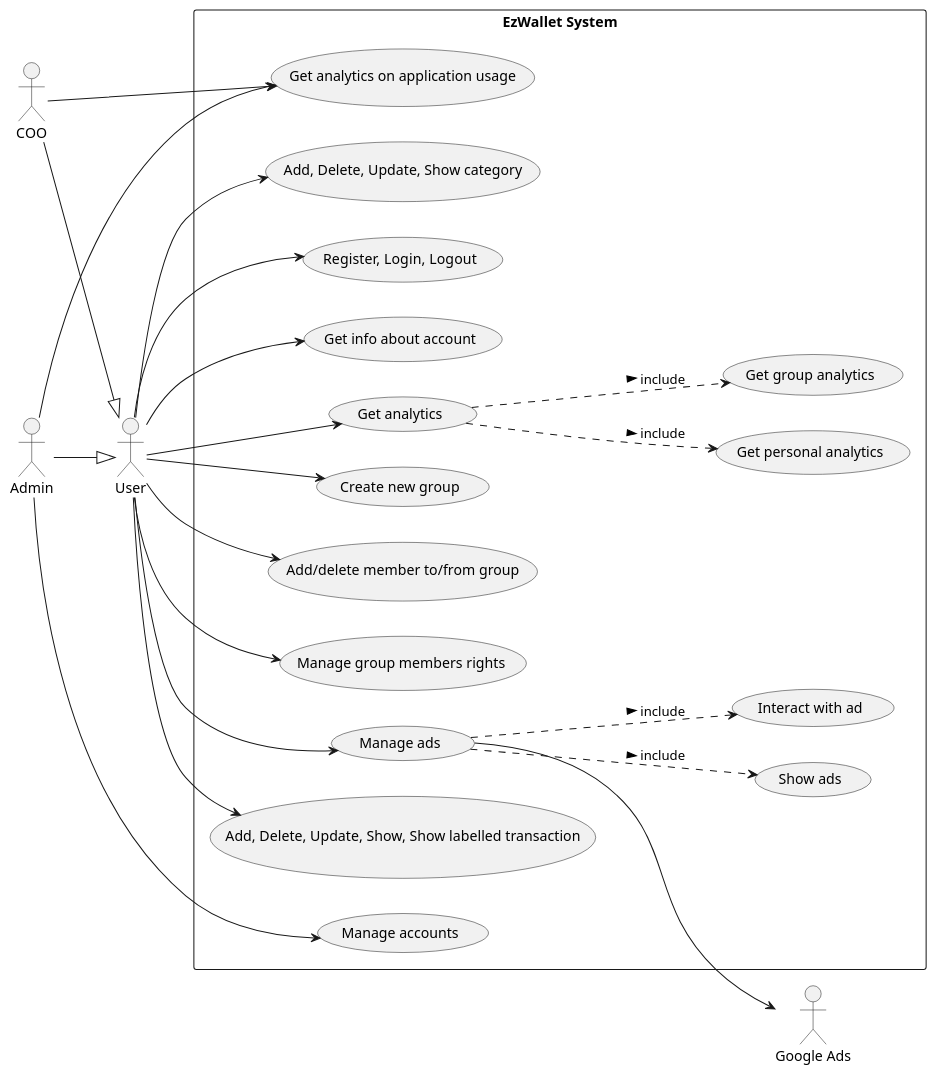
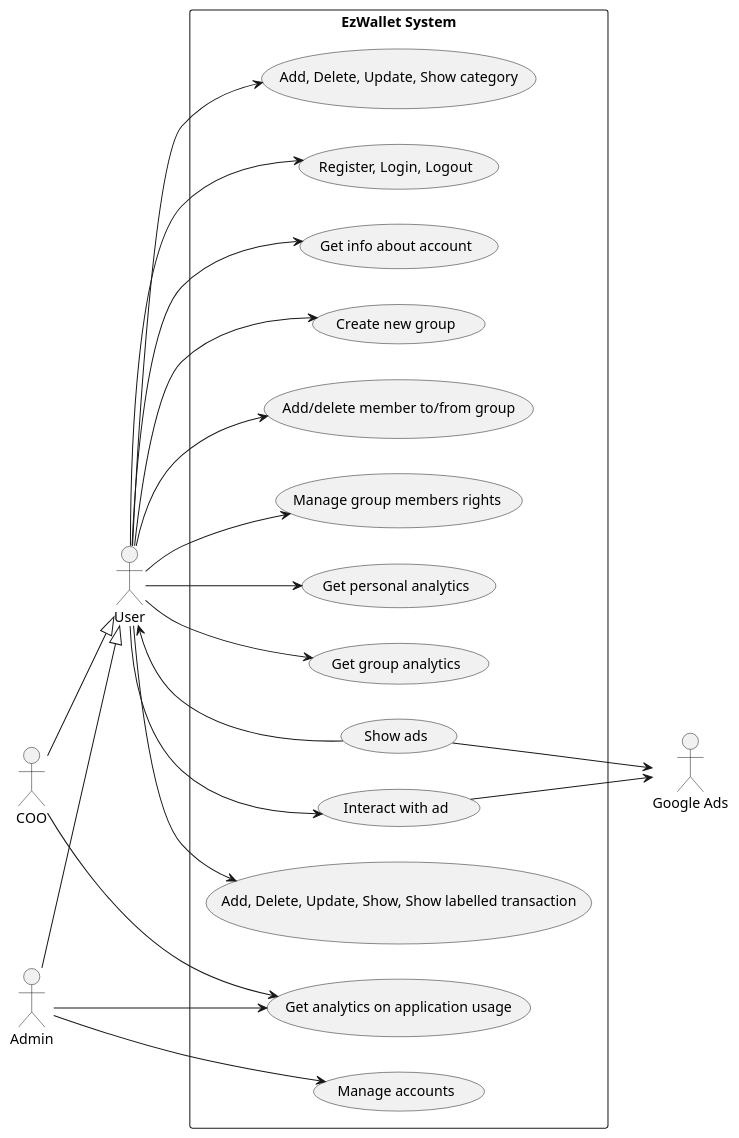
The second of 5 diagrams in RequirementsDocumentV2.md (lara-m2000/ezwallet), drawn with PlantUML before and after one commit.

Commit message:
docs: updated use case diagram

````diff
--- a/RequirementsDocumentV2.md
+++ b/RequirementsDocumentV2.md
@@ -264,57 +264,53 @@
 ```plantuml
 @startuml
 left to right direction
 
 actor User
 actor COO
 actor Admin
 actor "Google Ads" as GAds
 
 Admin --|> User
 COO --|> User
 
 rectangle "EzWallet System" as System {
 	usecase "Add, Delete, Update, Show, Show labelled transaction" as Transaction
 	usecase "Register, Login, Logout" as Auth
 
 	usecase "Add, Delete, Update, Show category" as Category
 
 	usecase "Get info about account" as UUsers
-	usecase "Get analytics" as ShowAnalytics
 	usecase "Create new group" as CreateGroup
 	usecase "Add/delete member to/from group" as AddDeleteToGroup
 	usecase "Manage group members rights" as ManageMemberRights
 	usecase "Manage accounts" as ManageAccounts
 
 	usecase "Get analytics on application usage" as UsageAnalytics
 
 	usecase "Get personal analytics" as PAnalytics
 	usecase "Get group analytics" as GAnalytics
 
-	usecase "Manage ads" as ManAds
 	usecase "Show ads" as ShowAds
 	usecase "Interact with ad" as InteractAd
 }
-
+'controllare connessione tra UC ads e google ads
 User -> Transaction
 User -> Category
 User -> Auth
 User --> UUsers
-User --> ShowAnalytics
+User --> PAnalytics
+User --> GAnalytics
 User --> CreateGroup
 User --> AddDeleteToGroup
 User --> ManageMemberRights
-User --> ManAds
-ManAds --> GAds
+User <-- ShowAds
+User --> InteractAd
+ShowAds --> GAds
+InteractAd --> GAds
 Admin --> ManageAccounts
 Admin --> UsageAnalytics
 COO --> UsageAnalytics
 
 
-ShowAnalytics ..> PAnalytics : include >
-ShowAnalytics ..> GAnalytics : include >
-ManAds ..> ShowAds : include >
-ManAds ..> InteractAd : include >
-
 @enduml
 ```
````
